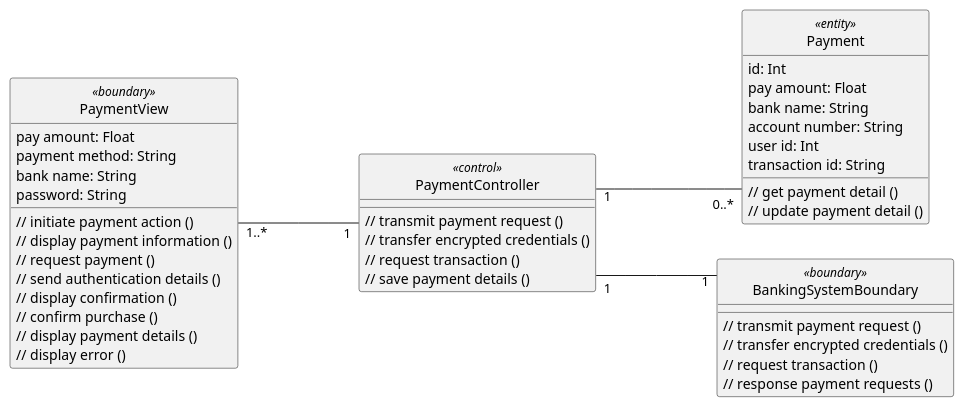
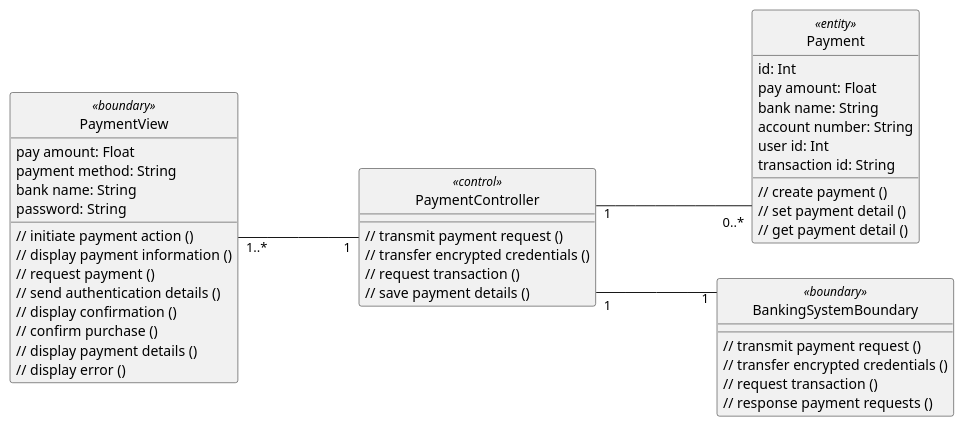
The diagram in uml/analysis/class/make_payment.puml (anhbanlinhle/velocity-exchange), drawn with PlantUML before and after one commit. The commit also changed 4 other files, not shown here.

```diff
--- a/uml/analysis/class/make_payment.puml
+++ b/uml/analysis/class/make_payment.puml
@@ -1,57 +1,58 @@
 @startuml 
 skinparam classAttributeIconSize 0
 skinparam linetype ortho
 left to right direction
 hide circle
 class PaymentView <<boundary>> {
     pay amount: Float
     payment method: String
     bank name: String
     password: String
 
     // initiate payment action ()
     // display payment information ()
     // request payment ()
     // send authentication details ()
     // display confirmation ()
     // confirm purchase ()
     // display payment details ()
     // display error ()
 
     }
 
 class PaymentController <<control>> {
     // transmit payment request ()
     // transfer encrypted credentials ()
     // request transaction ()
     // save payment details ()
 
     }
 
 class Payment <<entity>> {
     id: Int
     pay amount: Float
     bank name: String
     account number: String
     user id: Int
     transaction id: String
+    // create payment ()
+    // set payment detail ()
     // get payment detail ()
-    // update payment detail ()
 
     }
 
 class BankingSystemBoundary <<boundary>> {
     // transmit payment request ()
     // transfer encrypted credentials ()
     // request transaction ()
     // response payment requests ()
 
     }
 
 PaymentView "1..*" --- "1" PaymentController
 
 PaymentController "1" --- "0..*" Payment
 
 PaymentController "1" --- "1" BankingSystemBoundary
 
 @enduml
```
